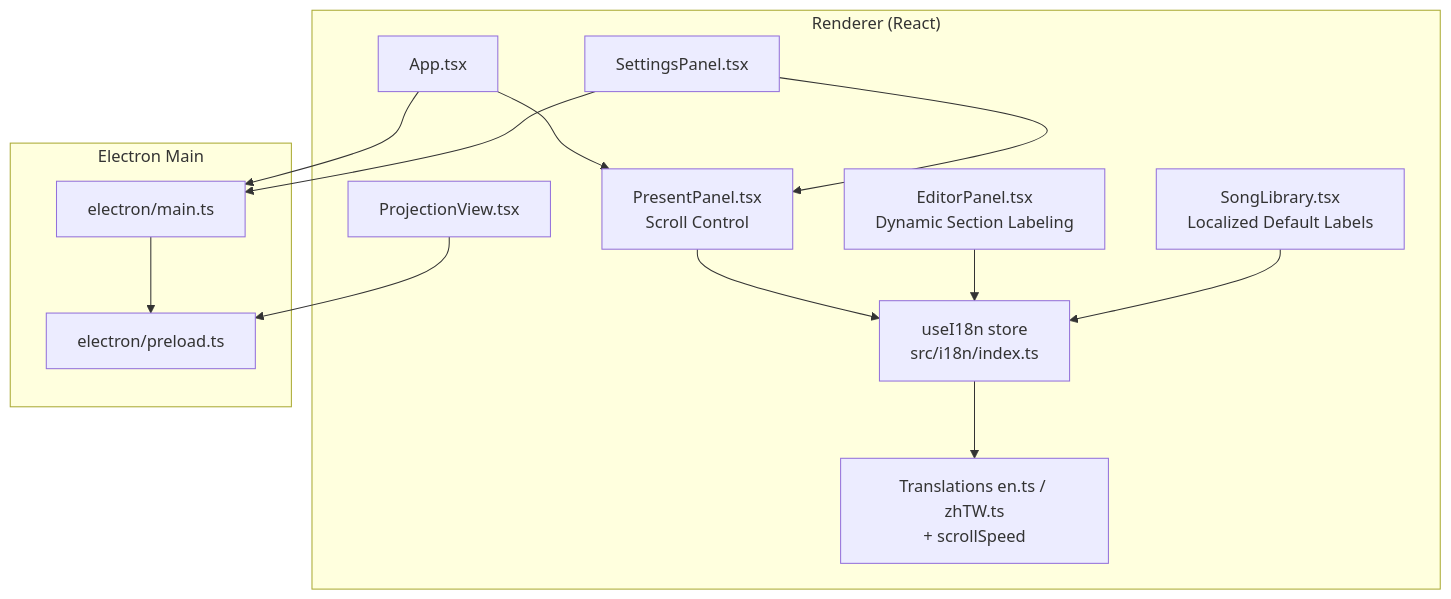
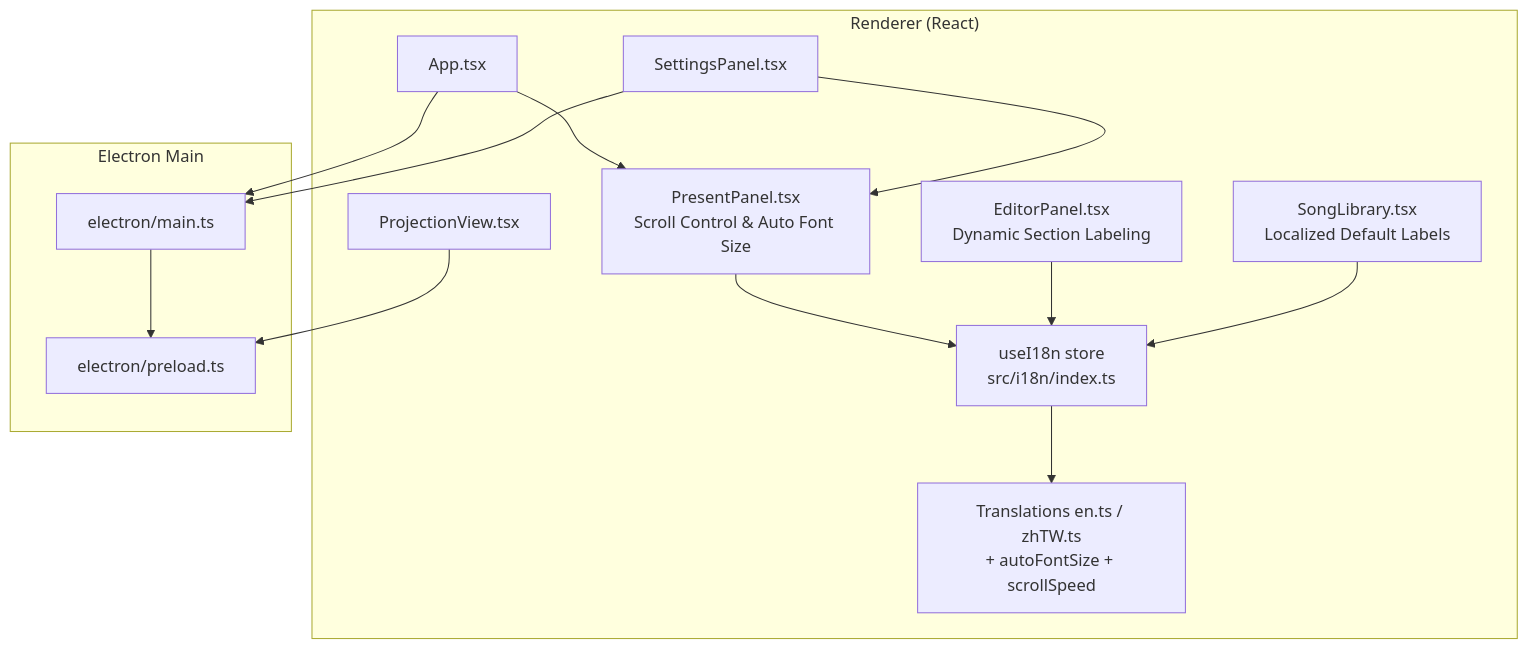
The first of 6 diagrams in .qoder/repowiki/en/content/Internationalization.md (jimmywyk/lyricdeck), drawn with Mermaid before and after one commit. The commit also changed other lines of this file and 4 other files, not shown here.

````diff
--- a/.qoder/repowiki/en/content/Internationalization.md
+++ b/.qoder/repowiki/en/content/Internationalization.md
@@ -50,27 +51,27 @@
 ```mermaid
 graph TB
 subgraph "Renderer (React)"
 A["App.tsx"]
 B["SettingsPanel.tsx"]
 C["ProjectionView.tsx"]
-D["PresentPanel.tsx<br/>Scroll Control"]
+D["PresentPanel.tsx<br/>Scroll Control & Auto Font Size"]
 E["useI18n store<br/>src/i18n/index.ts"]
-F["Translations en.ts / zhTW.ts<br/>+ scrollSpeed"]
+F["Translations en.ts / zhTW.ts<br/>+ autoFontSize + scrollSpeed"]
 G["EditorPanel.tsx<br/>Dynamic Section Labeling"]
 H["SongLibrary.tsx<br/>Localized Default Labels"]
 end
 subgraph "Electron Main"
 I["electron/main.ts"]
 J["electron/preload.ts"]
 end
 A --> D
 B --> D
 C --> J
 D --> E
 E --> F
 G --> E
 H --> E
 A --> I
 B --> I
 I --> J
 ```
````
